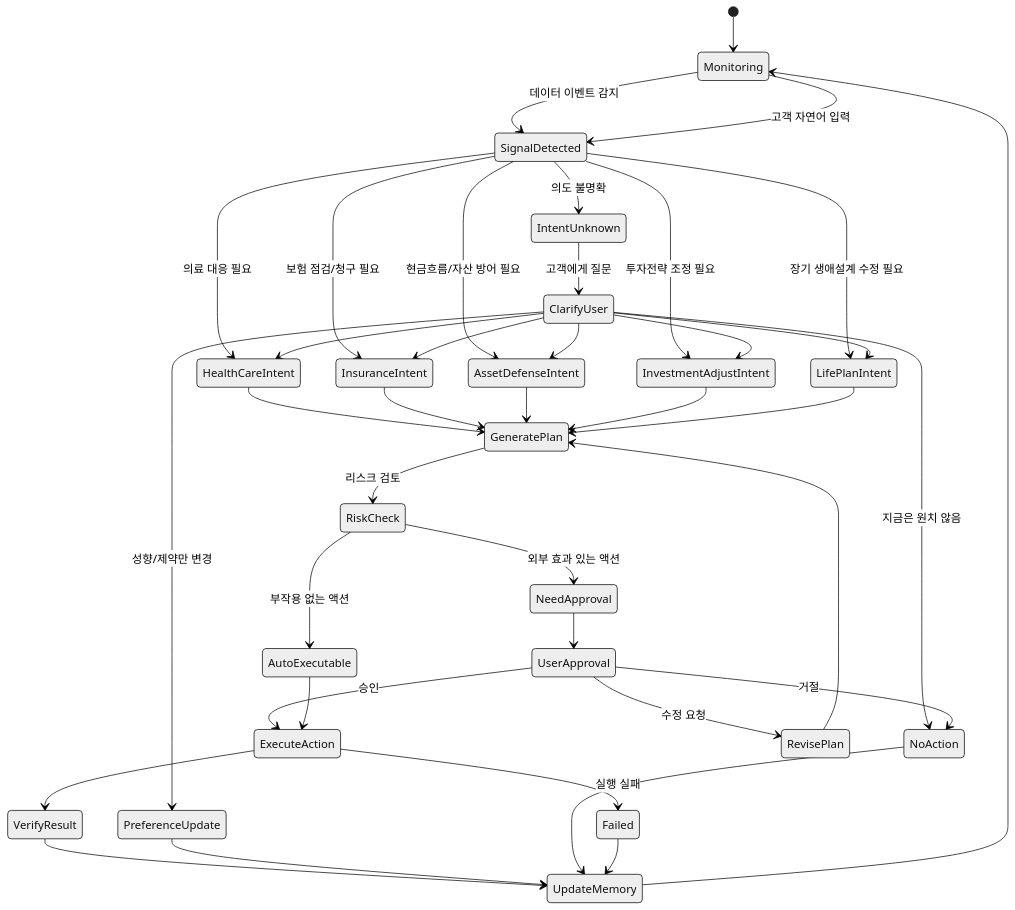
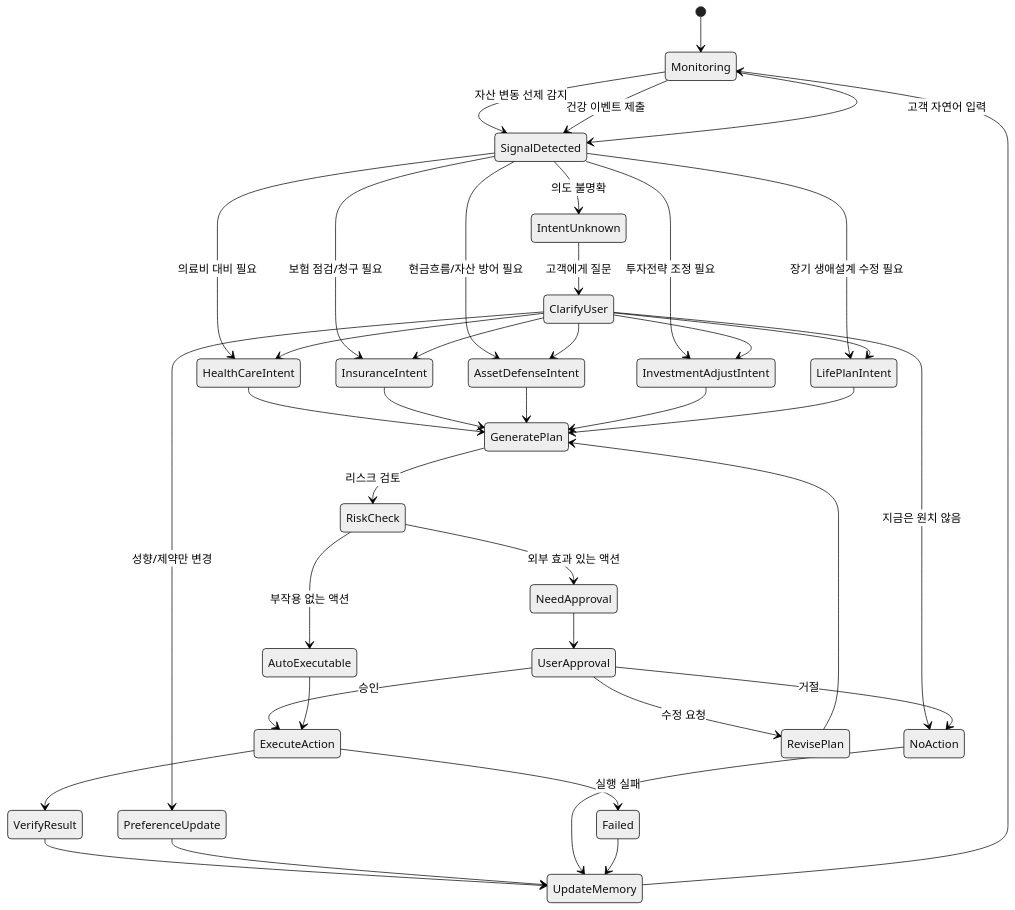
Before and after one commit to YoonMin02/JB-WM-backend: the diagram in docs/03_STATE_MACHINE.md, drawn with Mermaid (neutral theme). The commit also changed other lines of this file and 11 other files, not shown here.

````diff
--- a/docs/03_STATE_MACHINE.md
+++ b/docs/03_STATE_MACHINE.md
@@ -18,50 +18,51 @@
 ```mermaid
 stateDiagram-v2
     [*] --> Monitoring
 
-    Monitoring --> SignalDetected: 데이터 이벤트 감지
+    Monitoring --> SignalDetected: 자산 변동 선제 감지
+    Monitoring --> SignalDetected: 건강 이벤트 제출
     Monitoring --> SignalDetected: 고객 자연어 입력
 
     SignalDetected --> IntentUnknown: 의도 불명확
-    SignalDetected --> HealthCareIntent: 의료 대응 필요
+    SignalDetected --> HealthCareIntent: 의료비 대비 필요
     SignalDetected --> InsuranceIntent: 보험 점검/청구 필요
     SignalDetected --> AssetDefenseIntent: 현금흐름/자산 방어 필요
     SignalDetected --> InvestmentAdjustIntent: 투자전략 조정 필요
     SignalDetected --> LifePlanIntent: 장기 생애설계 수정 필요
 
     IntentUnknown --> ClarifyUser: 고객에게 질문
     ClarifyUser --> HealthCareIntent
     ClarifyUser --> InsuranceIntent
     ClarifyUser --> AssetDefenseIntent
     ClarifyUser --> InvestmentAdjustIntent
     ClarifyUser --> LifePlanIntent
     ClarifyUser --> PreferenceUpdate: 성향/제약만 변경
     ClarifyUser --> NoAction: 지금은 원치 않음
 
     HealthCareIntent --> GeneratePlan
     InsuranceIntent --> GeneratePlan
     AssetDefenseIntent --> GeneratePlan
     InvestmentAdjustIntent --> GeneratePlan
     LifePlanIntent --> GeneratePlan
 
     GeneratePlan --> RiskCheck: 리스크 검토
     RiskCheck --> AutoExecutable: 부작용 없는 액션
     RiskCheck --> NeedApproval: 외부 효과 있는 액션
 
     NeedApproval --> UserApproval
     UserApproval --> ExecuteAction: 승인
     UserApproval --> RevisePlan: 수정 요청
     UserApproval --> NoAction: 거절
     RevisePlan --> GeneratePlan
 
     AutoExecutable --> ExecuteAction
 
     ExecuteAction --> VerifyResult
     VerifyResult --> UpdateMemory
     PreferenceUpdate --> UpdateMemory
     NoAction --> UpdateMemory
     UpdateMemory --> Monitoring
 
     ExecuteAction --> Failed: 실행 실패
     Failed --> UpdateMemory
 ```
````
